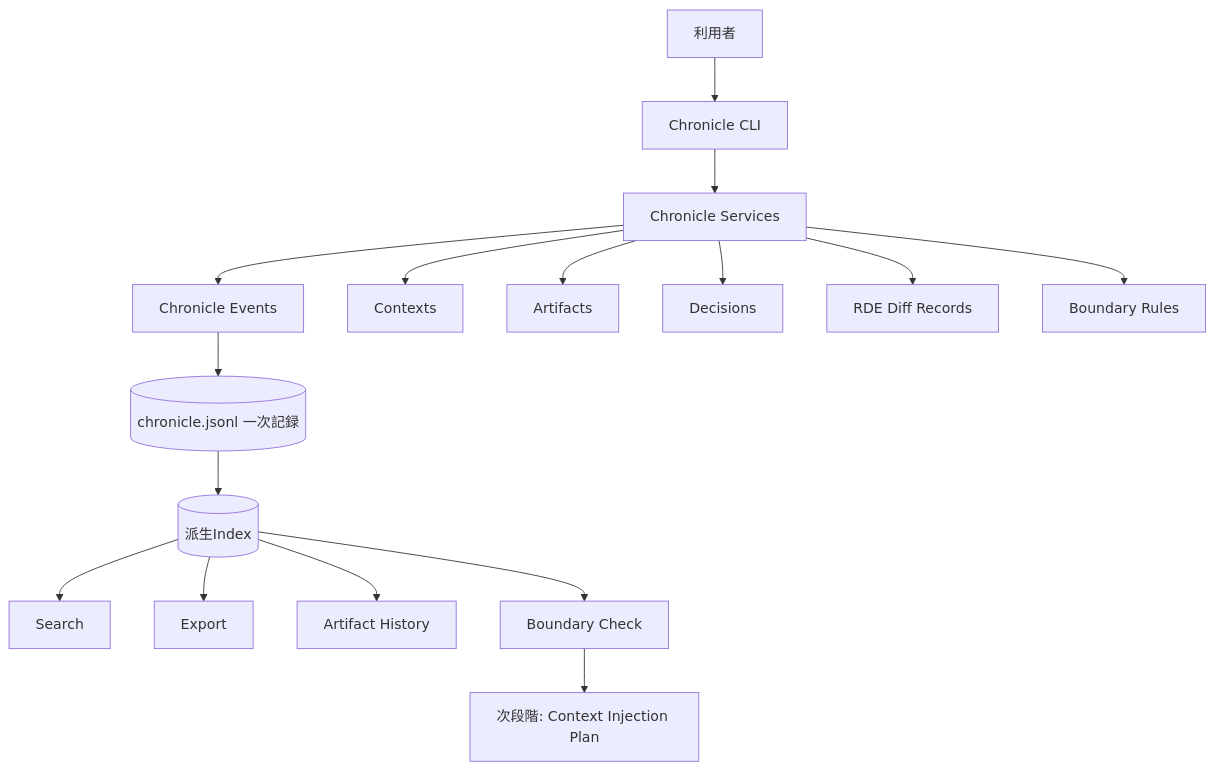
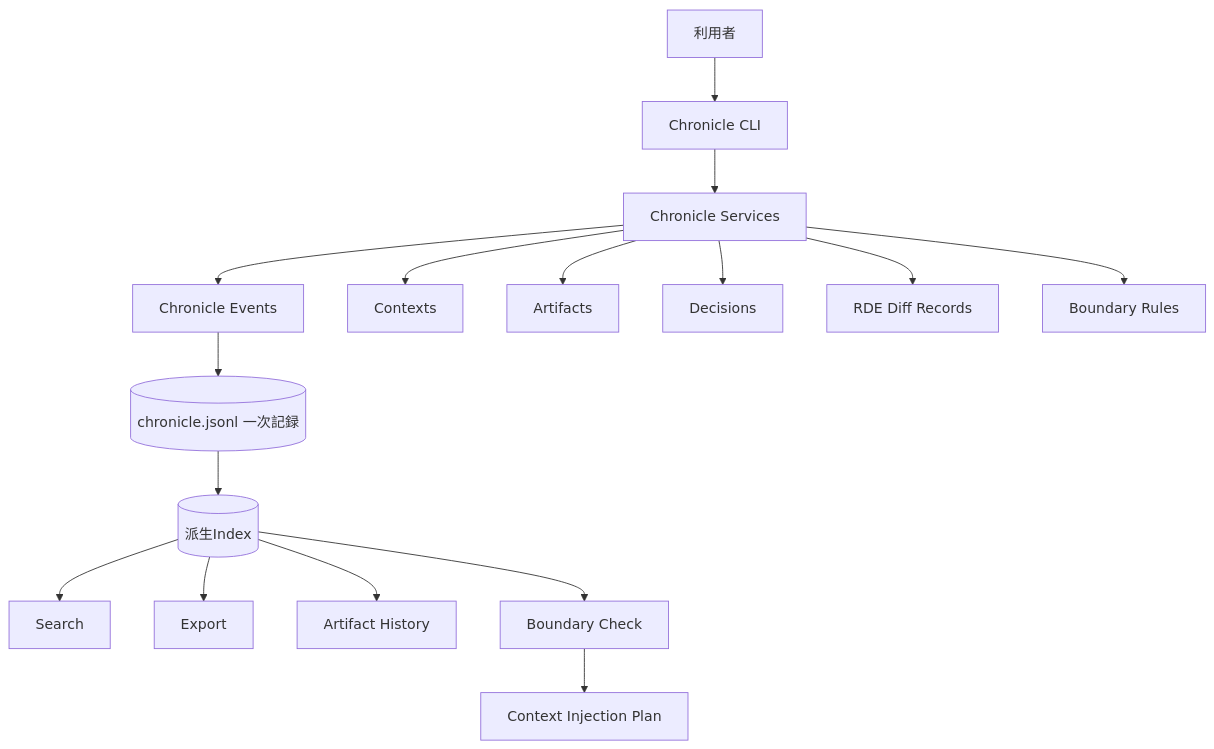
The diagram in README.md (zyx-corporation/chronicle-stack), drawn with Mermaid before and after one commit. The commit also changed other lines of this file and 5 other files, not shown here.

````diff
--- a/README.md
+++ b/README.md
@@ -45,18 +45,18 @@
 ```mermaid
 flowchart TD
     U[利用者] --> CLI[Chronicle CLI]
     CLI --> S[Chronicle Services]
     S --> E[Chronicle Events]
     S --> C[Contexts]
     S --> A[Artifacts]
     S --> D[Decisions]
     S --> R[RDE Diff Records]
     S --> B[Boundary Rules]
     E --> J[(chronicle.jsonl 一次記録)]
     J --> I[(派生Index)]
     I --> Search[Search]
     I --> Export[Export]
     I --> History[Artifact History]
     I --> Check[Boundary Check]
-    Check --> Plan[次段階: Context Injection Plan]
+    Check --> Plan[Context Injection Plan]
 ```
````
